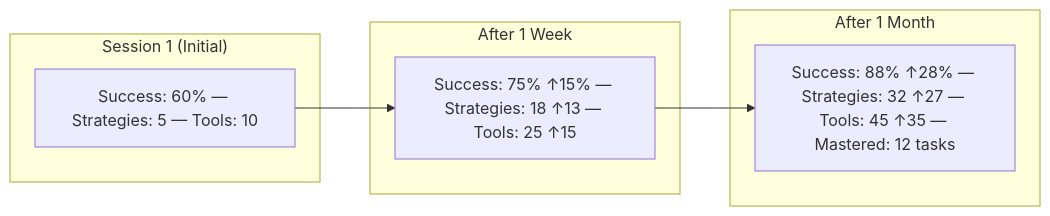
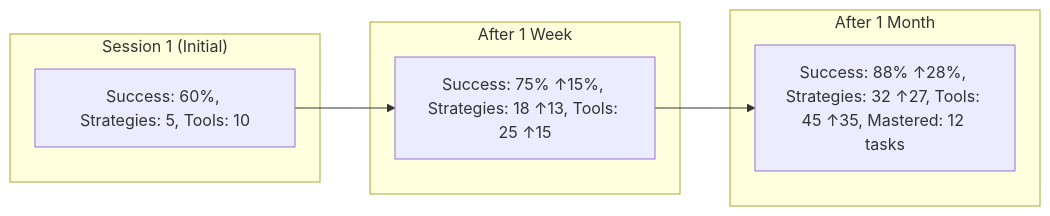
Diagram 18 of 19 in README.md (bistuwangqiyuan/Open-Sable), drawn with Mermaid before and after one commit. The commit also changed other lines of this file and 8 other files, not shown here.

````diff
--- a/README.md
+++ b/README.md
@@ -2303,17 +2137,17 @@
 ```mermaid
 graph LR
     subgraph "Session 1 (Initial)"
-        S1[Success: 60% — Strategies: 5 — Tools: 10]
+        S1[Success: 60%, Strategies: 5, Tools: 10]
     end
     
     subgraph "After 1 Week"
-        W1[Success: 75% ↑15% — Strategies: 18 ↑13 — Tools: 25 ↑15]
+        W1[Success: 75% ↑15%, Strategies: 18 ↑13, Tools: 25 ↑15]
     end
     
     subgraph "After 1 Month"
-        M1[Success: 88% ↑28% — Strategies: 32 ↑27 — Tools: 45 ↑35 — Mastered: 12 tasks]
+        M1[Success: 88% ↑28%, Strategies: 32 ↑27, Tools: 45 ↑35, Mastered: 12 tasks]
     end
     
     S1 --> W1
     W1 --> M1
 ```
````
